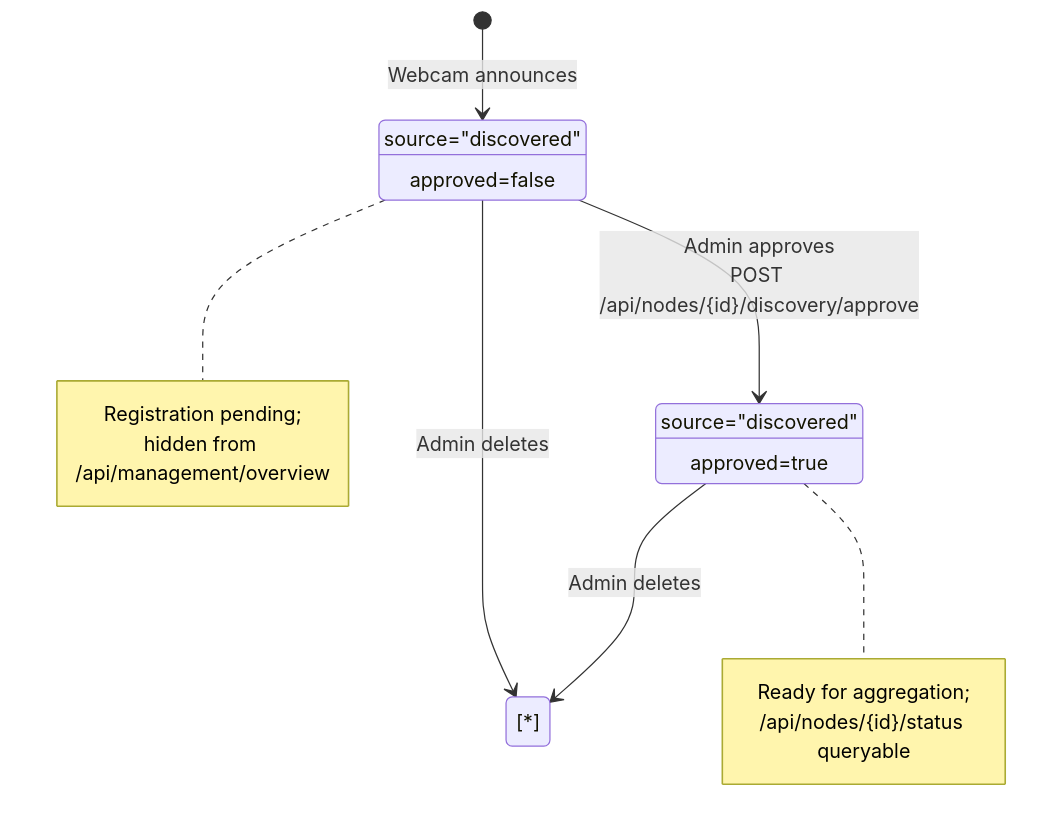
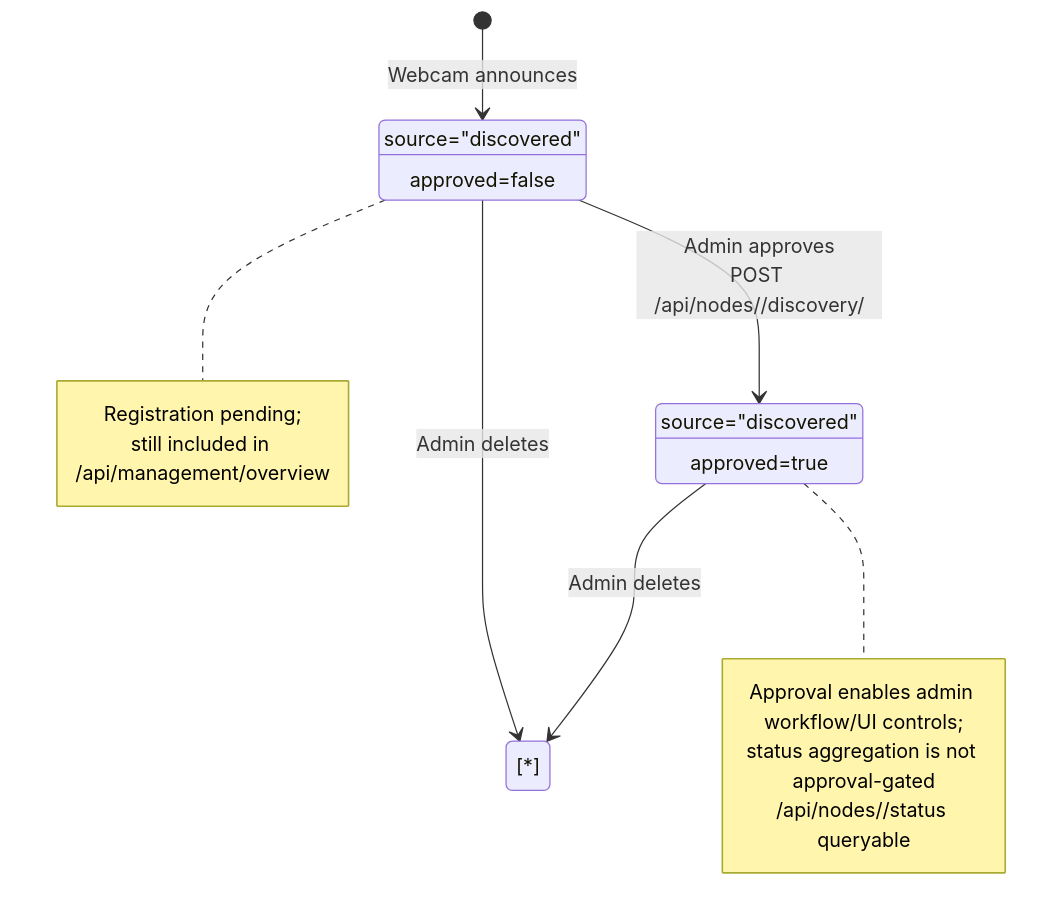
The fourth of 7 diagrams in docs/product/PRD-backend.md (CyanAutomation/motioninocean), drawn with Mermaid before and after one commit. The commit also changed other lines of this file, not shown here.

Commit message:
docs: align discovery lifecycle with management overview behavior

````diff
--- a/docs/product/PRD-backend.md
+++ b/docs/product/PRD-backend.md
@@ -170,27 +170,28 @@
 ```mermaid
 stateDiagram-v2
     [*] --> Announced: Webcam announces
 
     Announced: source="discovered"
     Announced: approved=false
 
-    Announced --> Approved: Admin approves<br/>POST /api/nodes/{id}/discovery/approve
+    Announced --> Approved: Admin approves<br/>POST /api/nodes/<id>/discovery/<decision>
 
     Approved: source="discovered"
     Approved: approved=true
 
     Announced --> Deleted: Admin deletes
     Approved --> Deleted: Admin deletes
 
     Deleted: [*]
 
     note right of Announced
         Registration pending;
-        hidden from /api/management/overview
+        still included in /api/management/overview
     end note
 
     note right of Approved
-        Ready for aggregation;
-        /api/nodes/{id}/status queryable
+        Approval enables admin workflow/UI controls;
+        status aggregation is not approval-gated
+        /api/nodes/<id>/status queryable
     end note
 ```
````
